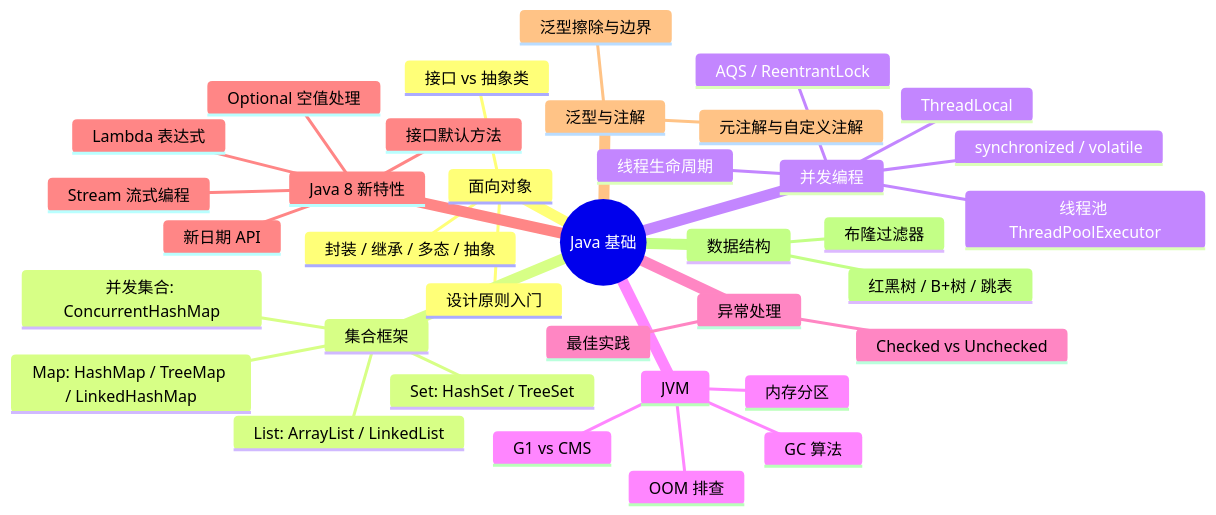
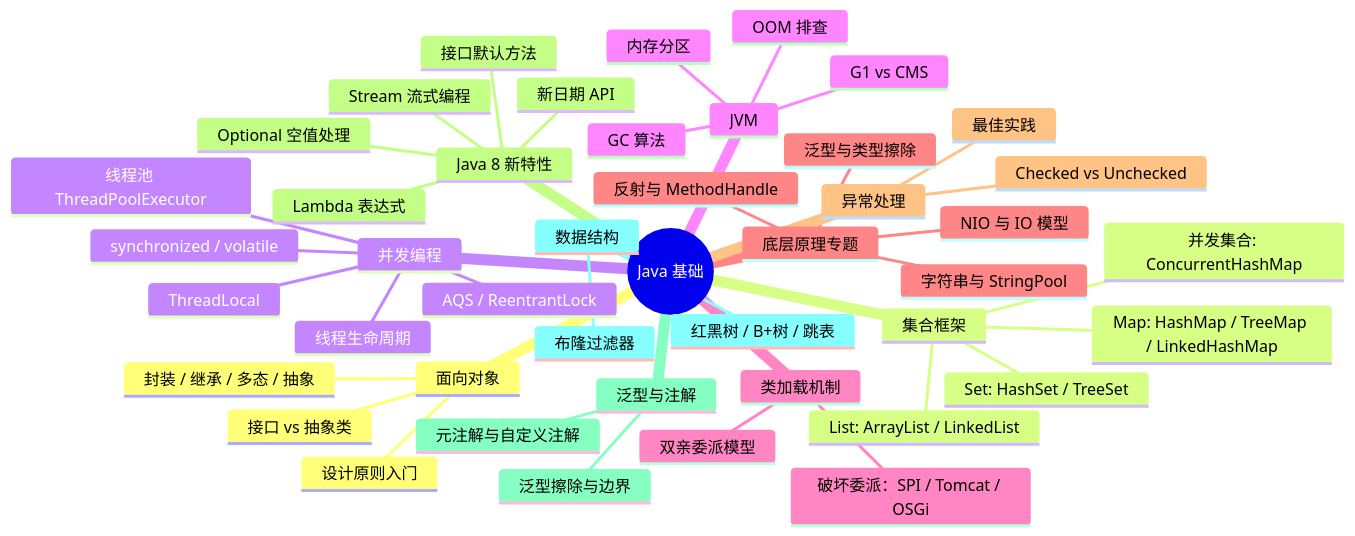
Before and after one commit to b1tzer/b1tzer.github.io: the first of 2 diagrams in docs/01-java-basic/00-Java基础与JVM概览.md, drawn with Mermaid. The commit also changed other lines of this file and 1 other file, not shown here.

````diff
--- a/docs/01-java-basic/00-Java基础与JVM概览.md
+++ b/docs/01-java-basic/00-Java基础与JVM概览.md
@@ -16,39 +16,47 @@
 ```mermaid
 mindmap
     root((Java 基础))
         面向对象
             封装 / 继承 / 多态 / 抽象
             接口 vs 抽象类
             设计原则入门
         集合框架
             List: ArrayList / LinkedList
             Map: HashMap / TreeMap / LinkedHashMap
             Set: HashSet / TreeSet
             并发集合: ConcurrentHashMap
         并发编程
             线程生命周期
             synchronized / volatile
             ThreadLocal
             线程池 ThreadPoolExecutor
             AQS / ReentrantLock
         JVM
             内存分区
             GC 算法
             G1 vs CMS
             OOM 排查
+        类加载机制
+            双亲委派模型
+            破坏委派：SPI / Tomcat / OSGi
+        底层原理专题
+            字符串与 StringPool
+            泛型与类型擦除
+            反射与 MethodHandle
+            NIO 与 IO 模型
         异常处理
             Checked vs Unchecked
             最佳实践
         Java 8 新特性
             Lambda 表达式
             Stream 流式编程
             Optional 空值处理
             新日期 API
             接口默认方法
         泛型与注解
             泛型擦除与边界
             元注解与自定义注解
         数据结构
             红黑树 / B+树 / 跳表
             布隆过滤器
 ```
````
